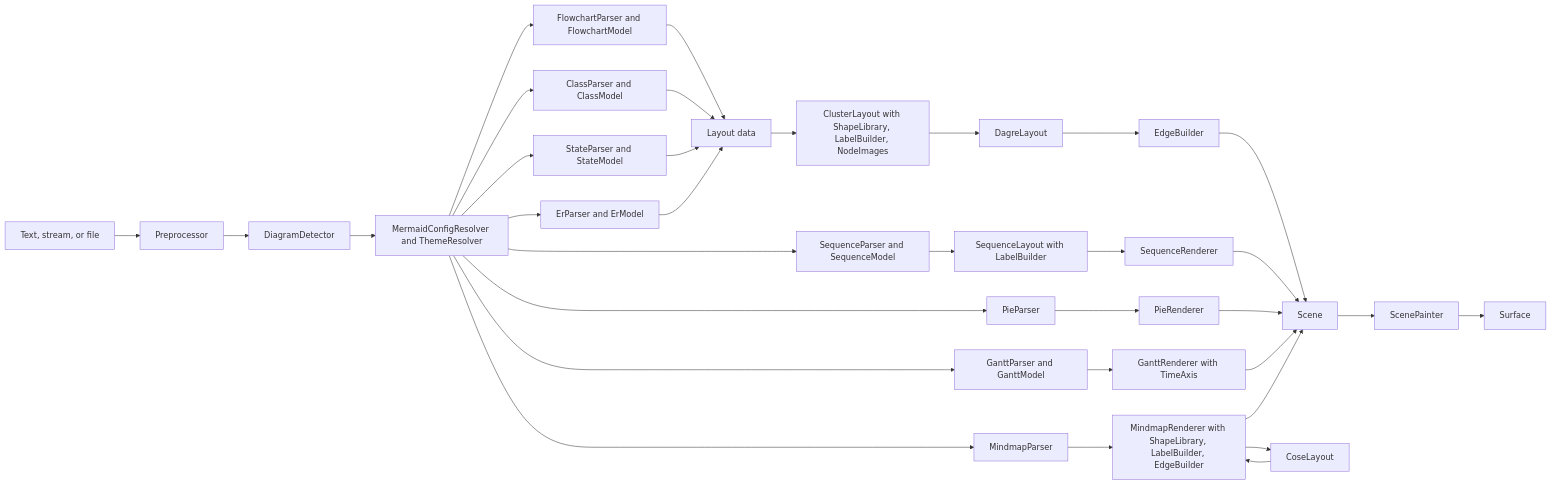
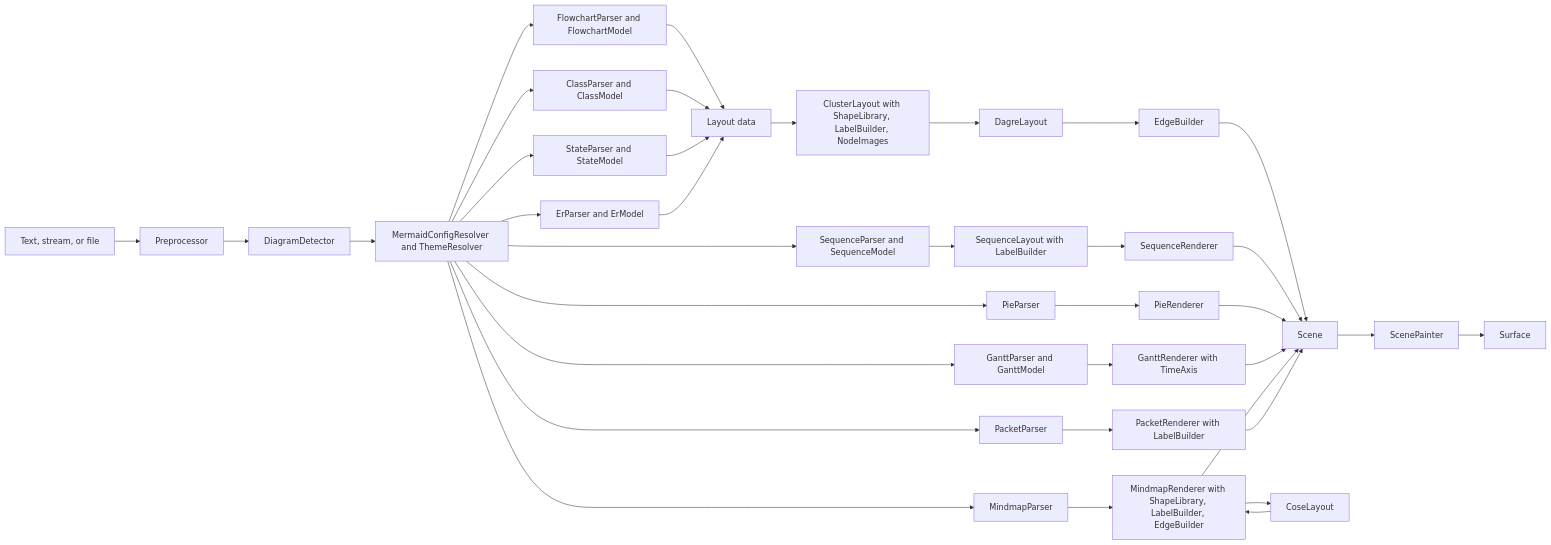
Before and after one commit to demaconsulting/CanvasNet: the diagram in docs/design/canvas-net-mermaid.md, drawn with Mermaid. The commit also changed other lines of this file and 163 other files, not shown here.

First line of the commit message:
Mermaid Phase 4a: native packet diagrams, Viewer, CLI and Pandoc support (#133)

````diff
--- a/docs/design/canvas-net-mermaid.md
+++ b/docs/design/canvas-net-mermaid.md
@@ -248,35 +256,38 @@
 ```mermaid
 flowchart LR
     T[Text, stream, or file] --> P[Preprocessor]
     P --> D[DiagramDetector]
     D --> C[MermaidConfigResolver and ThemeResolver]
     C --> F[FlowchartParser and FlowchartModel]
     F --> L[Layout data]
     L --> R[ClusterLayout with ShapeLibrary, LabelBuilder, NodeImages]
     R --> G[DagreLayout]
     G --> E[EdgeBuilder]
     E --> S[Scene]
     C --> Q[SequenceParser and SequenceModel]
     Q --> Y[SequenceLayout with LabelBuilder]
     Y --> W[SequenceRenderer]
     W --> S
     C --> K[ClassParser and ClassModel]
     K --> L
     C --> N[StateParser and StateModel]
     N --> L
     C --> M[ErParser and ErModel]
     M --> L
     C --> PP[PieParser]
     PP --> PR[PieRenderer]
     PR --> S
     C --> GP[GanttParser and GanttModel]
     GP --> GR[GanttRenderer with TimeAxis]
     GR --> S
     C --> MP[MindmapParser]
     MP --> MR[MindmapRenderer with ShapeLibrary, LabelBuilder, EdgeBuilder]
     MR --> CL[CoseLayout]
     CL --> MR
     MR --> S
+    C --> KP[PacketParser]
+    KP --> KR[PacketRenderer with LabelBuilder]
+    KR --> S
     S --> X[ScenePainter]
     X --> O[Surface]
 ```
````
